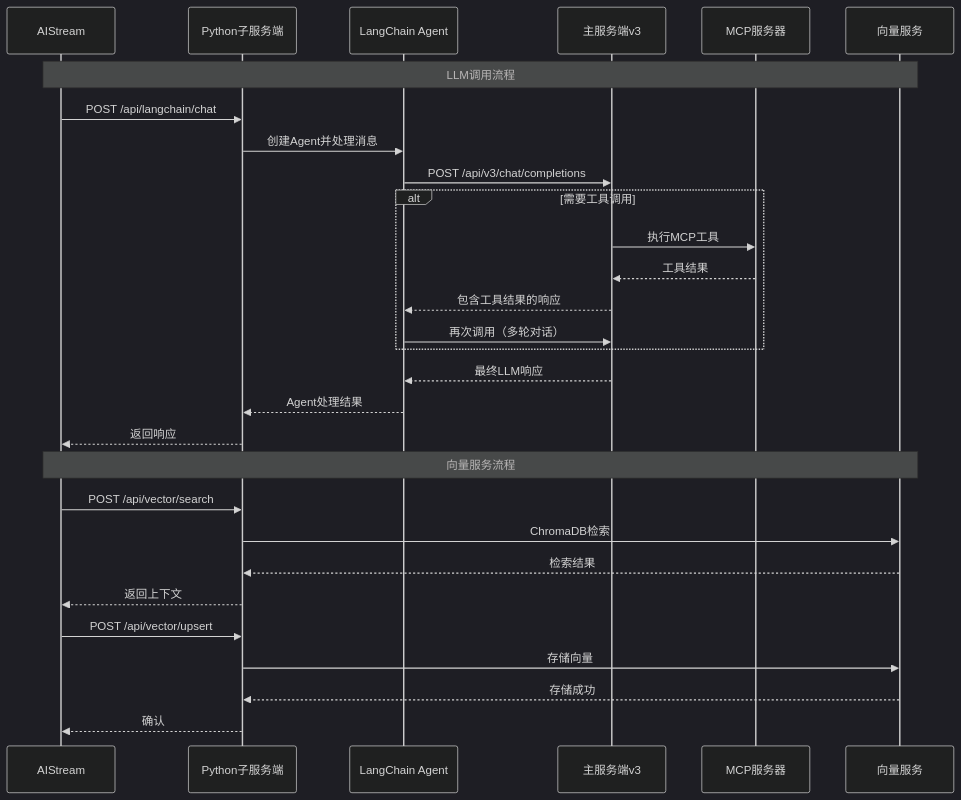
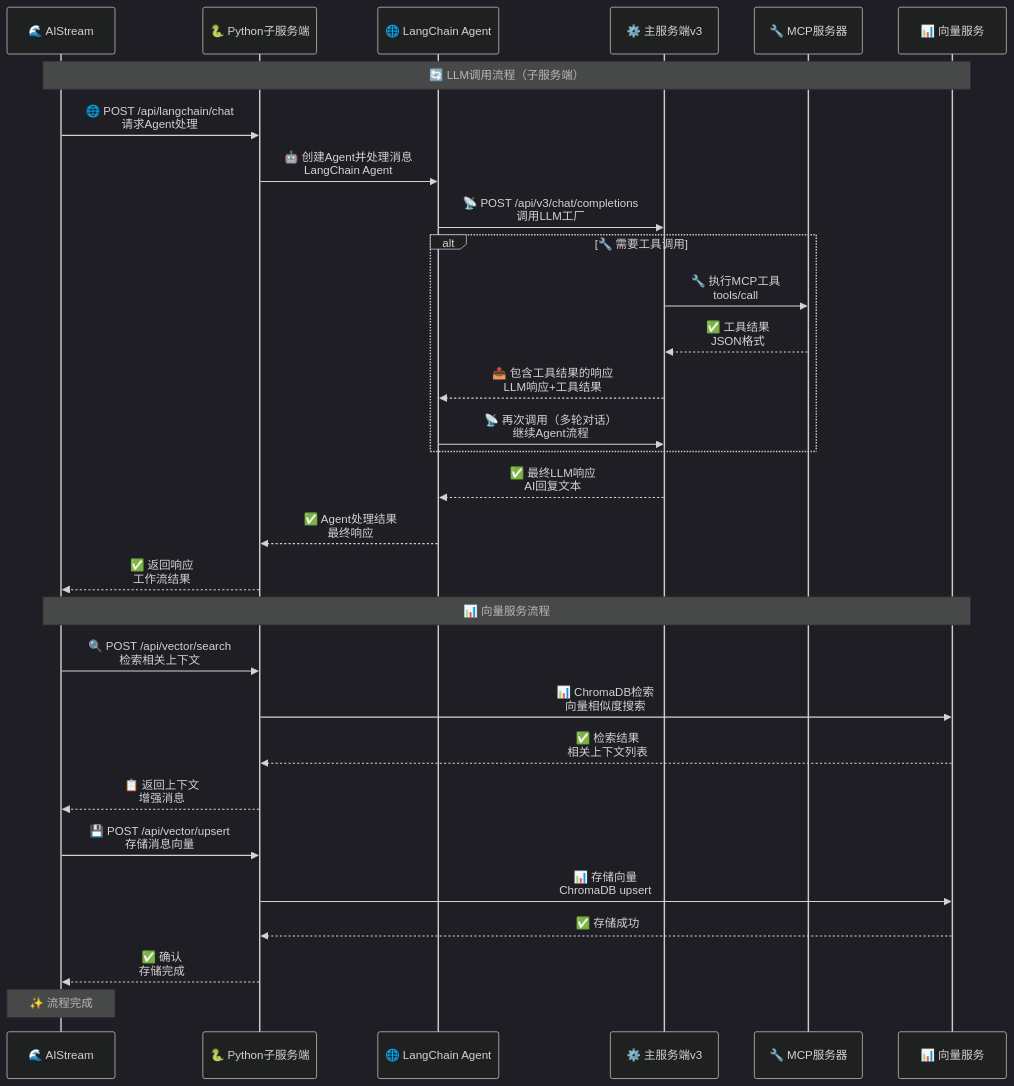
The fifth of 5 diagrams in docs/aistream.md (sunflowermm/XRK-AGT), drawn with Mermaid (dark theme) before and after one commit. The commit also changed other lines of this file and 12 other files, not shown here.

````diff
--- a/docs/aistream.md
+++ b/docs/aistream.md
@@ -378,34 +398,40 @@
 ```mermaid
 sequenceDiagram
-    participant AIStream as AIStream
-    participant Subserver as Python子服务端
-    participant LangChain as LangChain Agent
-    participant MainServer as 主服务端v3
-    participant MCP as MCP服务器
-    participant Vector as 向量服务
+    participant AIStream as 🌊 AIStream
+    participant Subserver as 🐍 Python子服务端
+    participant LangChain as 🌐 LangChain Agent
+    participant MainServer as ⚙️ 主服务端v3
+    participant MCP as 🔧 MCP服务器
+    participant Vector as 📊 向量服务
     
-    Note over AIStream,Vector: LLM调用流程
-    AIStream->>Subserver: POST /api/langchain/chat
-    Subserver->>LangChain: 创建Agent并处理消息
-    LangChain->>MainServer: POST /api/v3/chat/completions
-    alt 需要工具调用
-        MainServer->>MCP: 执行MCP工具
-        MCP-->>MainServer: 工具结果
-        MainServer-->>LangChain: 包含工具结果的响应
-        LangChain->>MainServer: 再次调用（多轮对话）
+    Note over AIStream,Vector: 🔄 LLM调用流程（子服务端）
+    
+    AIStream->>Subserver: 🌐 POST /api/langchain/chat<br/>请求Agent处理
+    Subserver->>LangChain: 🤖 创建Agent并处理消息<br/>LangChain Agent
+    LangChain->>MainServer: 📡 POST /api/v3/chat/completions<br/>调用LLM工厂
+    
+    alt 🔧 需要工具调用
+        MainServer->>MCP: 🔧 执行MCP工具<br/>tools/call
+        MCP-->>MainServer: ✅ 工具结果<br/>JSON格式
+        MainServer-->>LangChain: 📤 包含工具结果的响应<br/>LLM响应+工具结果
+        LangChain->>MainServer: 📡 再次调用（多轮对话）<br/>继续Agent流程
     end
-    MainServer-->>LangChain: 最终LLM响应
-    LangChain-->>Subserver: Agent处理结果
-    Subserver-->>AIStream: 返回响应
     
-    Note over AIStream,Vector: 向量服务流程
-    AIStream->>Subserver: POST /api/vector/search
-    Subserver->>Vector: ChromaDB检索
-    Vector-->>Subserver: 检索结果
-    Subserver-->>AIStream: 返回上下文
+    MainServer-->>LangChain: ✅ 最终LLM响应<br/>AI回复文本
+    LangChain-->>Subserver: ✅ Agent处理结果<br/>最终响应
+    Subserver-->>AIStream: ✅ 返回响应<br/>工作流结果
     
-    AIStream->>Subserver: POST /api/vector/upsert
-    Subserver->>Vector: 存储向量
-    Vector-->>Subserver: 存储成功
-    Subserver-->>AIStream: 确认
+    Note over AIStream,Vector: 📊 向量服务流程
+    
+    AIStream->>Subserver: 🔍 POST /api/vector/search<br/>检索相关上下文
+    Subserver->>Vector: 📊 ChromaDB检索<br/>向量相似度搜索
+    Vector-->>Subserver: ✅ 检索结果<br/>相关上下文列表
+    Subserver-->>AIStream: 📋 返回上下文<br/>增强消息
+    
+    AIStream->>Subserver: 💾 POST /api/vector/upsert<br/>存储消息向量
+    Subserver->>Vector: 📊 存储向量<br/>ChromaDB upsert
+    Vector-->>Subserver: ✅ 存储成功
+    Subserver-->>AIStream: ✅ 确认<br/>存储完成
+    
+    Note over AIStream: ✨ 流程完成
 ```
````
